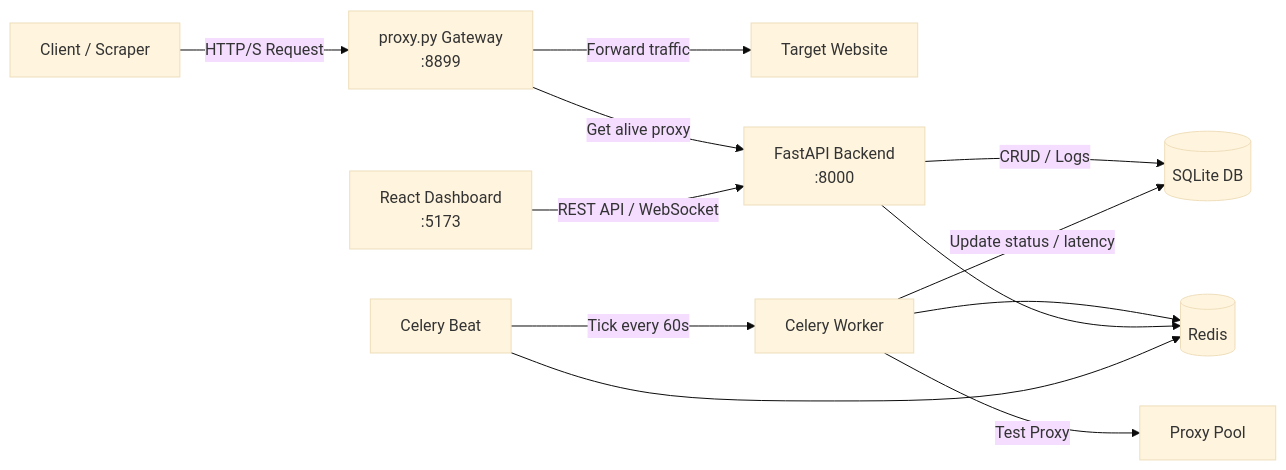
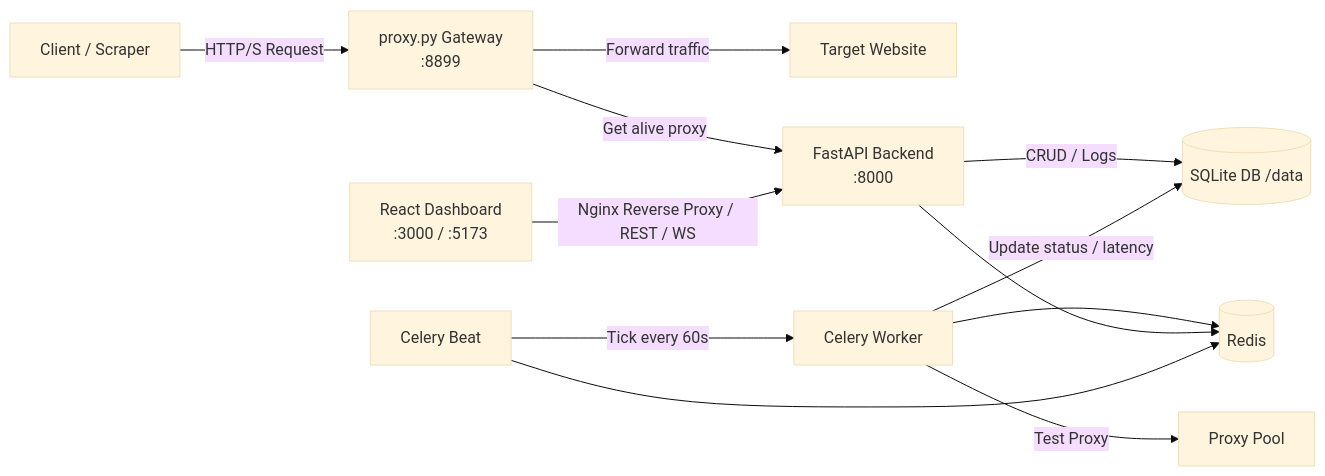
One commit to ngotuananh101/proxyhub changed the diagram in README.md. Above: the diagram before and after it, drawn with Mermaid (base theme). The commit also changed other lines of this file and 11 other files, not shown here.

Commit message:
feat: implement Docker Compose deployment with multi-service orchestration and frontend WebSocket support

````diff
--- a/README.md
+++ b/README.md
@@ -44,16 +43,16 @@
 ```mermaid
 flowchart LR
     C[Client / Scraper] -->|HTTP/S Request| G[proxy.py Gateway<br/>:8899]
     G -->|Forward traffic| T[Target Website]
     G -->|Get alive proxy| B[FastAPI Backend<br/>:8000]
 
-    R[React Dashboard<br/>:5173] -->|REST API / WebSocket| B
-    B -->|CRUD / Logs| D[(SQLite DB)]
+    R[React Dashboard<br/>:3000 / :5173] -->|Nginx Reverse Proxy / REST / WS| B
+    B -->|CRUD / Logs| D[(SQLite DB /data)]
 
     CB[Celery Beat] -->|Tick every 60s| CW[Celery Worker]
     CW -->|Test Proxy| P[Proxy Pool]
     CW -->|Update status / latency| D
     CW --> BR[(Redis)]
     B --> BR
     CB --> BR
 ```
````
